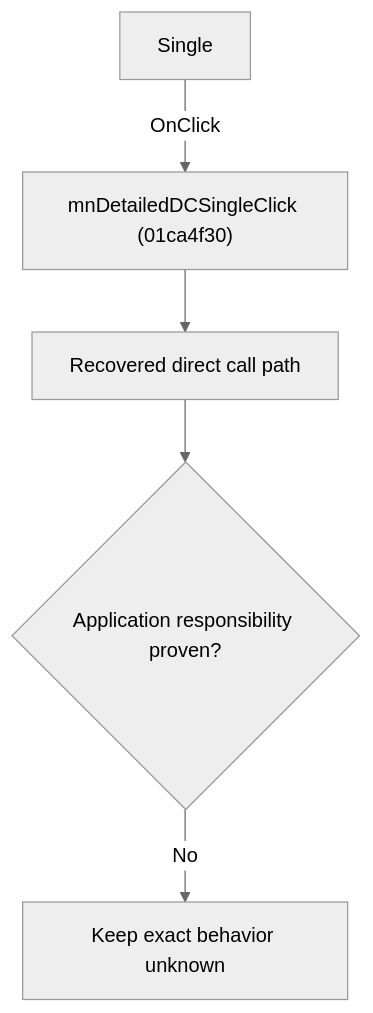
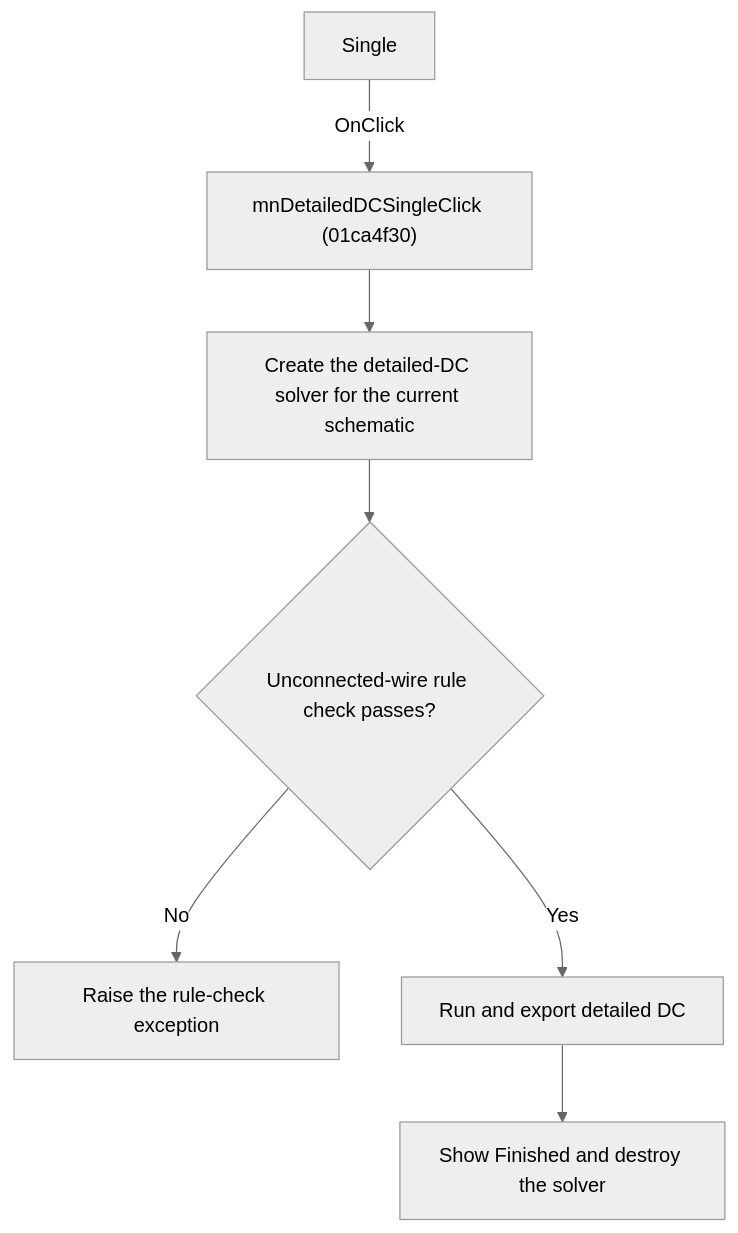
The diagram in docs/ui-controls/schematiceditor/mndetaileddcsingle-9521b54a5b.md (MovGP0/TIARA), drawn with Mermaid (neutral theme) before and after one commit. The commit also changed other lines of this file and 241 other files, not shown here.

````diff
--- a/docs/ui-controls/schematiceditor/mndetaileddcsingle-9521b54a5b.md
+++ b/docs/ui-controls/schematiceditor/mndetaileddcsingle-9521b54a5b.md
@@ -27,7 +25,9 @@
 ```mermaid
 flowchart TD
     control["Single"] -->|"OnClick"| handler["mnDetailedDCSingleClick (01ca4f30)"]
-    handler --> recovered["Recovered direct call path"]
-    recovered --> gap{"Application responsibility proven?"}
-    gap -->|"No"| blocked["Keep exact behavior unknown"]
+    handler --> create["Create the detailed-DC solver for the current schematic"]
+    create --> check{"Unconnected-wire rule check passes?"}
+    check -->|"No"| error["Raise the rule-check exception"]
+    check -->|"Yes"| run["Run and export detailed DC"]
+    run --> done["Show Finished and destroy the solver"]
 ```
````
